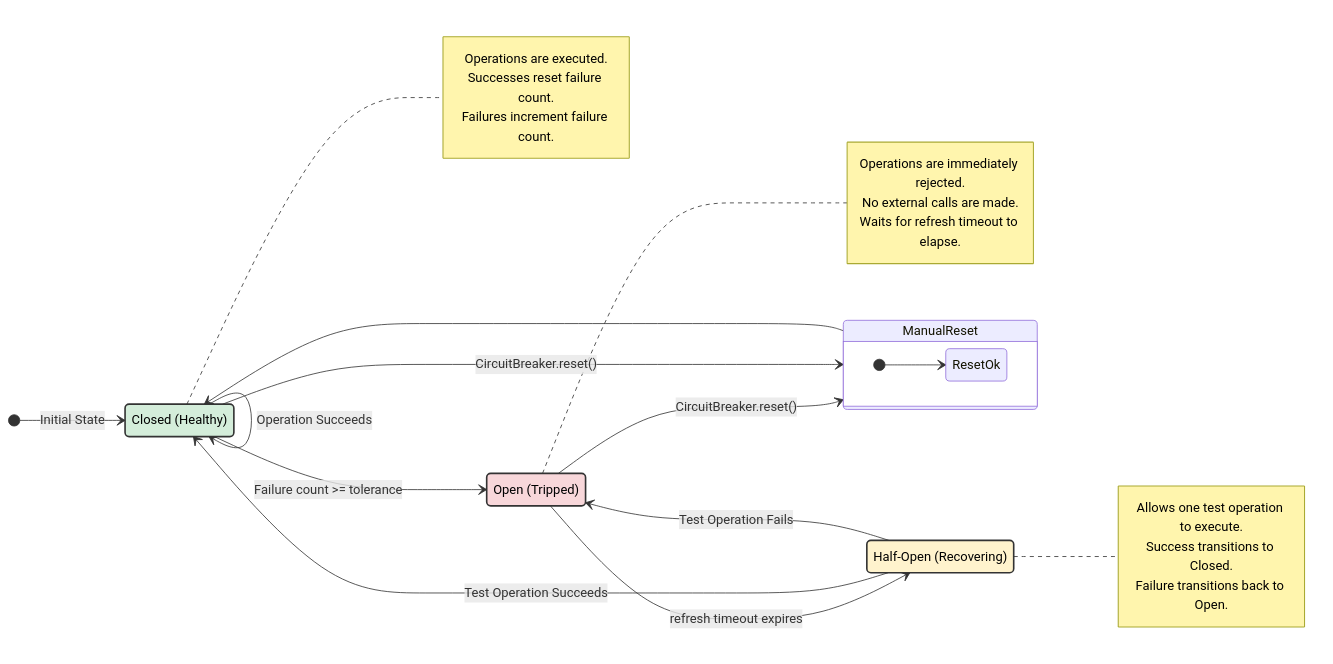
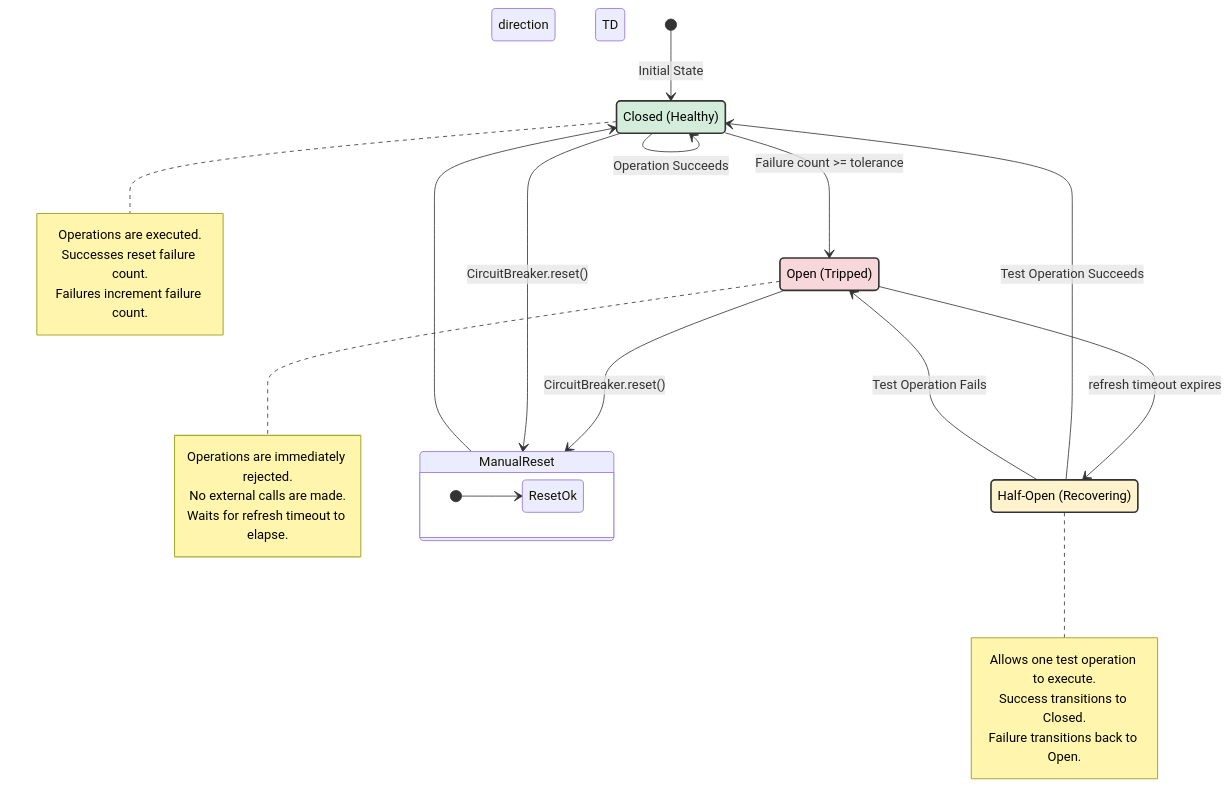
One commit to nshkrdotcom/foundation changed the tenth of 14 diagrams in docs/DIAGS.md. Above: the diagram before and after it, drawn with Mermaid. The commit also changed other lines of this file and 1 other file, not shown here.

````diff
--- a/docs/DIAGS.md
+++ b/docs/DIAGS.md
@@ -472,50 +472,50 @@
 ```mermaid
 stateDiagram-v2
-    direction LR
+    direction TD
     
     ClosedHealthy : Closed (Healthy)
     OpenTripped : Open (Tripped)
     HalfOpenRecovering : Half-Open (Recovering)
     
     note right of ClosedHealthy
         Operations are executed.
         Successes reset failure count.
         Failures increment failure count.
     end note
     
     note right of OpenTripped
         Operations are immediately rejected.
         No external calls are made.
         Waits for refresh timeout to elapse.
     end note
 
     note right of HalfOpenRecovering
         Allows one test operation to execute.
         Success transitions to Closed.
         Failure transitions back to Open.
     end note
     
     state ManualReset {
         direction LR
         [*] --> ResetOk
     }
     
     [*] --> ClosedHealthy: Initial State
 
     ClosedHealthy --> ClosedHealthy: Operation Succeeds
     ClosedHealthy --> OpenTripped: Failure count >= tolerance
     
     OpenTripped --> HalfOpenRecovering: refresh timeout expires
     
     HalfOpenRecovering --> ClosedHealthy: Test Operation Succeeds
     HalfOpenRecovering --> OpenTripped: Test Operation Fails
 
     OpenTripped --> ManualReset: CircuitBreaker.reset()
     ClosedHealthy --> ManualReset: CircuitBreaker.reset()
     ManualReset --> ClosedHealthy
     
     style ClosedHealthy fill:#d4edda,stroke:#333,stroke-width:2px,color:#000
     style OpenTripped fill:#f8d7da,stroke:#333,stroke-width:2px,color:#000
     style HalfOpenRecovering fill:#fff3cd,stroke:#333,stroke-width:2px,color:#000
     style ManualReset fill:#d1ecf1,stroke:#333,stroke-width:1px,color:#000
 ```
````
